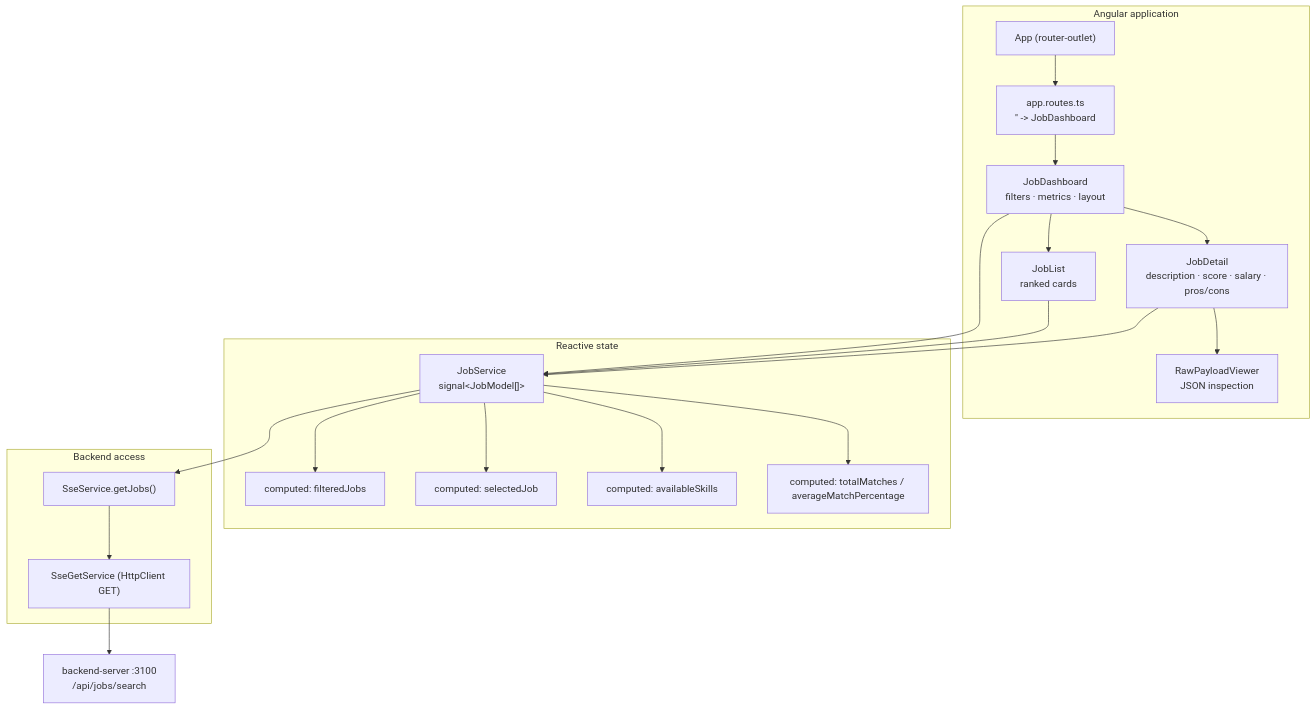
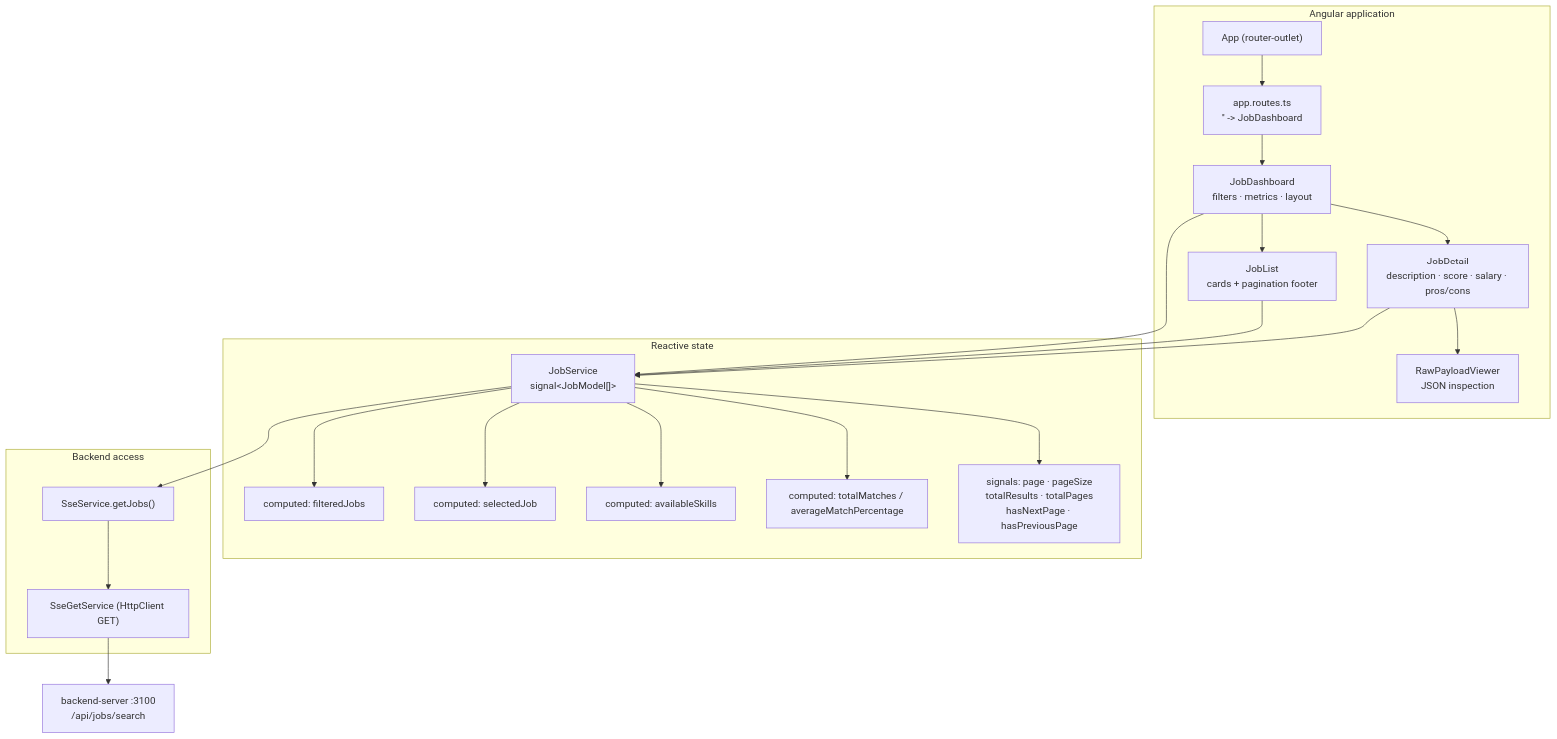
One commit to caupolicanquerales/agent_hunter_job changed the fourth of 4 diagrams in README.md. Above: the diagram before and after it, drawn with Mermaid. The commit also changed other lines of this file, not shown here.

````diff
--- a/README.md
+++ b/README.md
@@ -288,39 +296,41 @@
 ```mermaid
 flowchart TB
     subgraph App["Angular application"]
         Root["App (router-outlet)"]
         Routes["app.routes.ts<br/>'' -> JobDashboard"]
         Dashboard["JobDashboard<br/>filters · metrics · layout"]
-        List["JobList<br/>ranked cards"]
+        List["JobList<br/>cards + pagination footer"]
         Detail["JobDetail<br/>description · score · salary · pros/cons"]
         Viewer["RawPayloadViewer<br/>JSON inspection"]
     end
 
     subgraph State["Reactive state"]
         Service["JobService<br/>signal&lt;JobModel[]&gt;"]
         Filtered["computed: filteredJobs"]
         Selected["computed: selectedJob"]
         SkillList["computed: availableSkills"]
         Metrics["computed: totalMatches / averageMatchPercentage"]
+        Paging["signals: page · pageSize<br/>totalResults · totalPages<br/>hasNextPage · hasPreviousPage"]
     end
 
     subgraph HTTP["Backend access"]
         SSE["SseService.getJobs()"]
         SSEGet["SseGetService (HttpClient GET)"]
     end
 
     Backend["backend-server :3100<br/>/api/jobs/search"]
 
     Root --> Routes --> Dashboard
     Dashboard --> List
     Dashboard --> Detail
     Detail --> Viewer
     Service --> Filtered
     Service --> Selected
     Service --> SkillList
     Service --> Metrics
+    Service --> Paging
     Dashboard --> Service
     List --> Service
     Detail --> Service
     Service --> SSE --> SSEGet --> Backend
 ```
````
